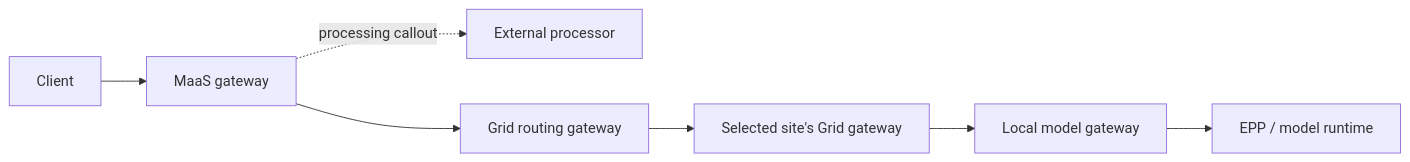
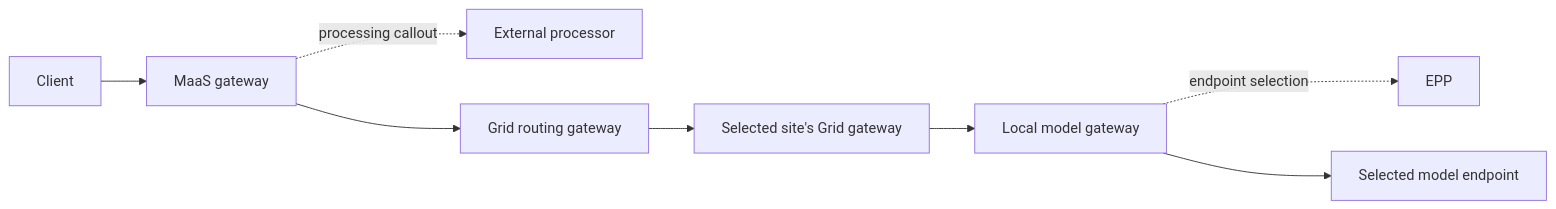
One commit to hexfusion/experiments changed the diagram in llm-d/ai-grid/gitops/docs/auth-flow.md. Above: the diagram before and after it, drawn with Mermaid. The commit also changed other lines of this file and 52 other files, not shown here.

````diff
--- a/llm-d/ai-grid/gitops/docs/auth-flow.md
+++ b/llm-d/ai-grid/gitops/docs/auth-flow.md
@@ -8,9 +8,10 @@
 ```mermaid
 flowchart LR
     C[Client] --> M[MaaS gateway]
     M -. processing callout .-> E[External processor]
     M --> G[Grid routing gateway]
     G --> P[Selected site's Grid gateway]
     P --> K[Local model gateway]
-    K --> V[EPP / model runtime]
+    K -. endpoint selection .-> EPP[EPP]
+    K --> V[Selected model endpoint]
 ```
````
